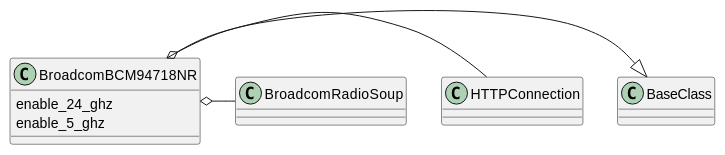
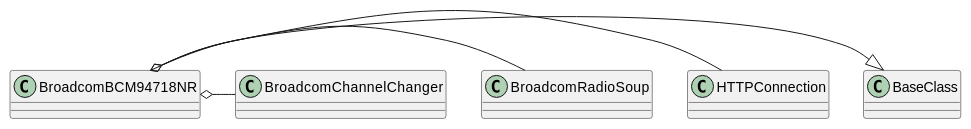
Before and after one commit to russell-n/apcommand: the third of 4 diagrams in apcommand/accesspoints/broadcom/broadcom.rst, drawn with PlantUML. The commit also changed other lines of this file and 10 other files, not shown here.

```diff
--- a/apcommand/accesspoints/broadcom/broadcom.rst
+++ b/apcommand/accesspoints/broadcom/broadcom.rst
@@ -31,7 +31,6 @@
 .. uml::
 
    BroadcomBCM94718NR -|> BaseClass
    BroadcomBCM94718NR o- HTTPConnection
    BroadcomBCM94718NR o- BroadcomRadioSoup
-   BroadcomBCM94718NR : enable_24_ghz
-   BroadcomBCM94718NR : enable_5_ghz
+   BroadcomBCM94718NR o- BroadcomChannelChanger
```
